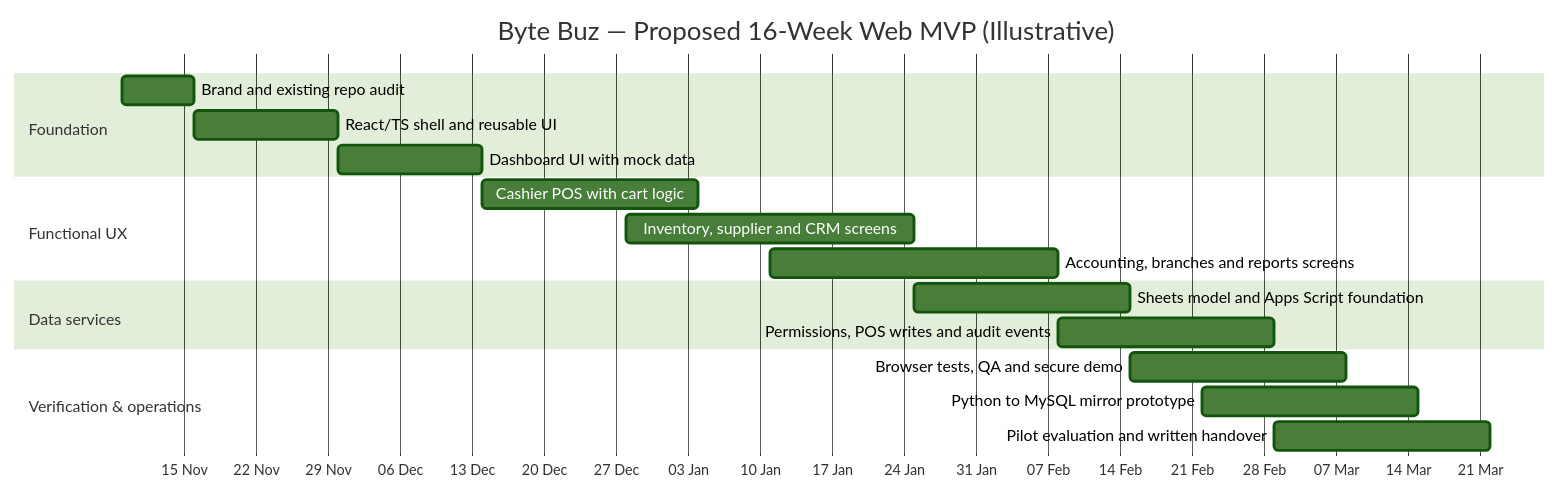
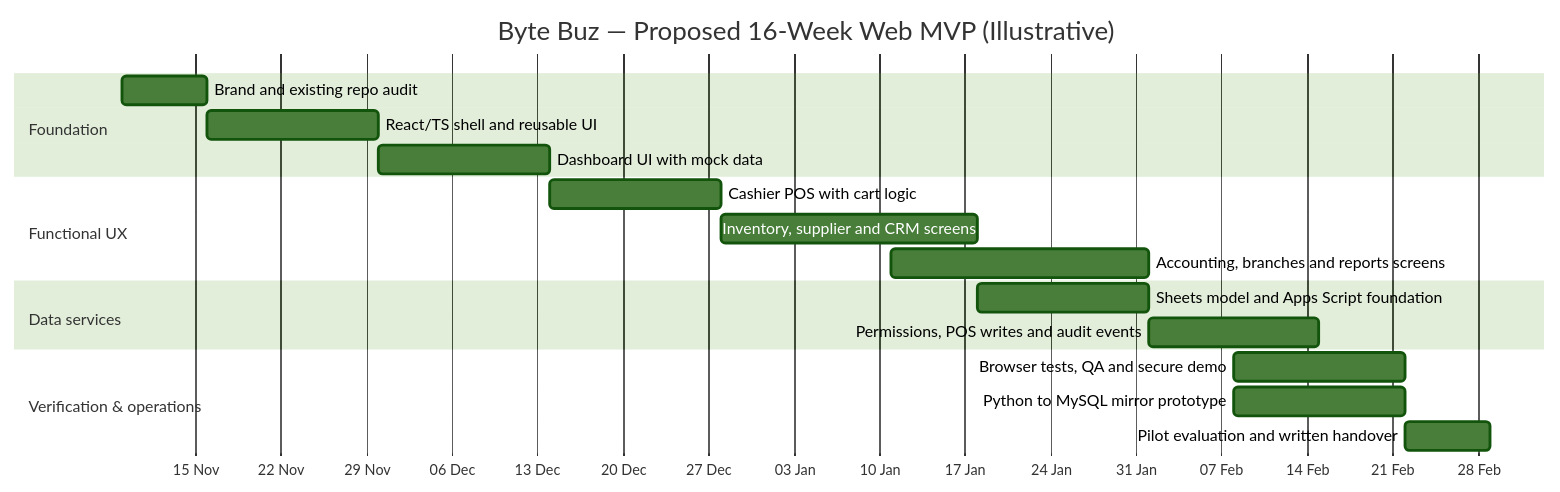
Before and after one commit to codetherapistpita-oss/codetherapistpita-oss: the first of 2 diagrams in knowledge-hub/18-BYTELAB-PROJECTS/BYTE-BUZ/GANTT-CHART.md, drawn with Mermaid (forest theme). The commit also changed other lines of this file, not shown here.

Commit message:
docs(byte-buz): align example Gantt tasks with sixteen-week horizon

````diff
--- a/knowledge-hub/18-BYTELAB-PROJECTS/BYTE-BUZ/GANTT-CHART.md
+++ b/knowledge-hub/18-BYTELAB-PROJECTS/BYTE-BUZ/GANTT-CHART.md
@@ -21,21 +21,21 @@
 ```mermaid
 gantt
   title Byte Buz — Proposed 16-Week Web MVP (Illustrative)
   dateFormat YYYY-MM-DD
   axisFormat %d %b
   section Foundation
   Brand and existing repo audit :2026-11-09, 7d
   React/TS shell and reusable UI :2026-11-16, 14d
   Dashboard UI with mock data :2026-11-30, 14d
   section Functional UX
-  Cashier POS with cart logic :2026-12-14, 21d
-  Inventory, supplier and CRM screens :2026-12-28, 28d
-  Accounting, branches and reports screens :2027-01-11, 28d
+  Cashier POS with cart logic :2026-12-14, 14d
+  Inventory, supplier and CRM screens :2026-12-28, 21d
+  Accounting, branches and reports screens :2027-01-11, 21d
   section Data services
-  Sheets model and Apps Script foundation :2027-01-25, 21d
-  Permissions, POS writes and audit events :2027-02-08, 21d
+  Sheets model and Apps Script foundation :2027-01-18, 14d
+  Permissions, POS writes and audit events :2027-02-01, 14d
   section Verification & operations
-  Browser tests, QA and secure demo :2027-02-15, 21d
-  Python to MySQL mirror prototype :2027-02-22, 21d
-  Pilot evaluation and written handover :2027-03-01, 21d
+  Browser tests, QA and secure demo :2027-02-08, 14d
+  Python to MySQL mirror prototype :2027-02-08, 14d
+  Pilot evaluation and written handover :2027-02-22, 7d
 ```
````
